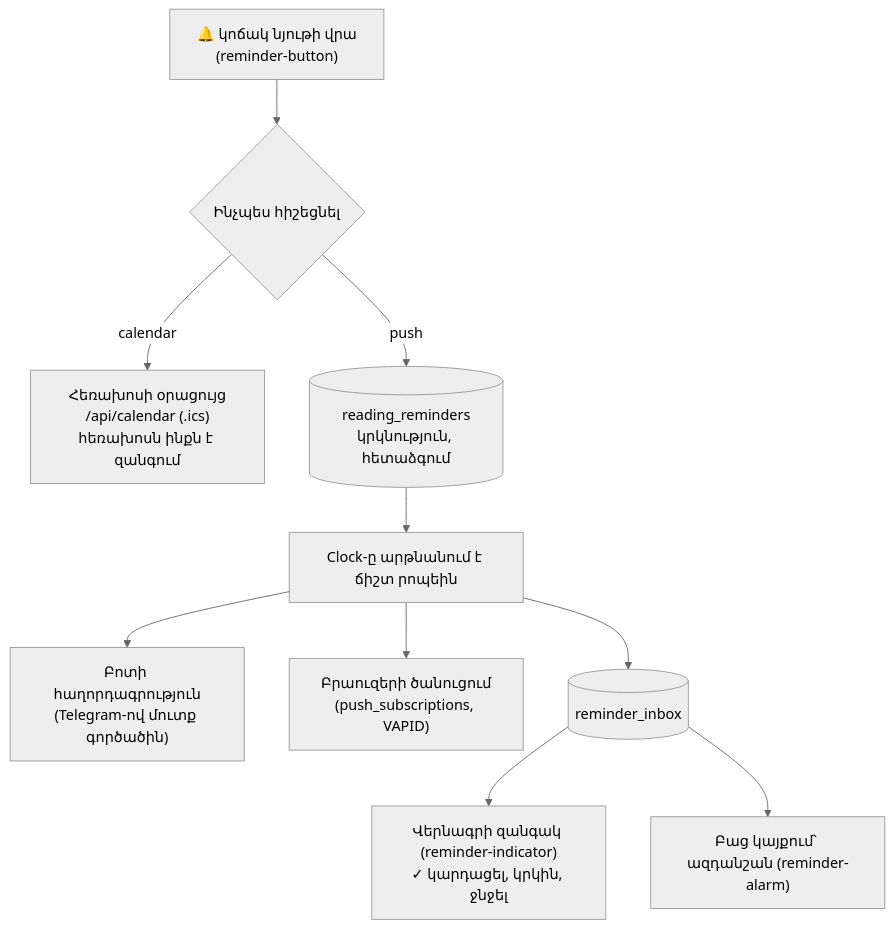
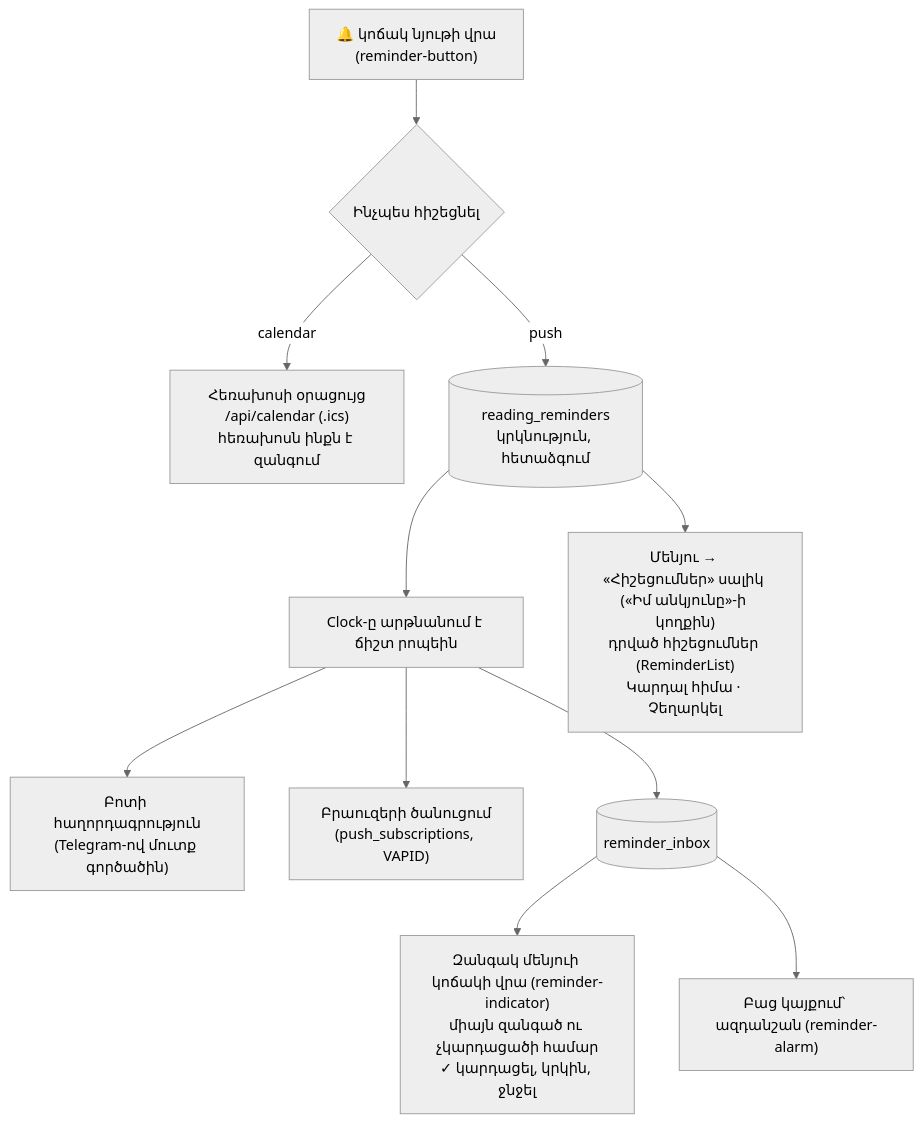
The tenth of 26 diagrams in docs/ARCHITECTURE.md (T0n0yan/armenian-apostolic-digital-library), drawn with Mermaid (neutral theme) before and after one commit. The commit also changed 5 other files, not shown here.

First line of the commit message:
Հիշեցումներ մենյուում, զանգակը՝ միայն զանգածի համար

````diff
--- a/docs/ARCHITECTURE.md
+++ b/docs/ARCHITECTURE.md
@@ -442,12 +442,13 @@
 ```mermaid
 flowchart TD
   B["🔔 կոճակ նյութի վրա<br/>(reminder-button)"] --> CH{"Ինչպես հիշեցնել"}
   CH -->|"calendar"| ICS["Հեռախոսի օրացույց<br/>/api/calendar (.ics)<br/>հեռախոսն ինքն է զանգում"]
   CH -->|"push"| SRV[("reading_reminders<br/>կրկնություն, հետաձգում")]
   SRV --> CLK["Clock-ը արթնանում է ճիշտ րոպեին"]
   CLK --> TGM["Բոտի հաղորդագրություն<br/>(Telegram-ով մուտք գործածին)"]
   CLK --> WP["Բրաուզերի ծանուցում<br/>(push_subscriptions, VAPID)"]
   CLK --> INB[("reminder_inbox")]
-  INB --> IND["Վերնագրի զանգակ (reminder-indicator)<br/>✓ կարդացել, կրկին, ջնջել"]
+  INB --> IND["Զանգակ մենյուի կոճակի վրա (reminder-indicator)<br/>միայն զանգած ու չկարդացածի համար<br/>✓ կարդացել, կրկին, ջնջել"]
+  SRV --> MNU["Մենյու → «Հիշեցումներ» սալիկ («Իմ անկյունը»-ի կողքին)<br/>դրված հիշեցումներ (ReminderList)<br/>Կարդալ հիմա · Չեղարկել"]
   INB --> ALM["Բաց կայքում՝ ազդանշան (reminder-alarm)"]
 ```
````
